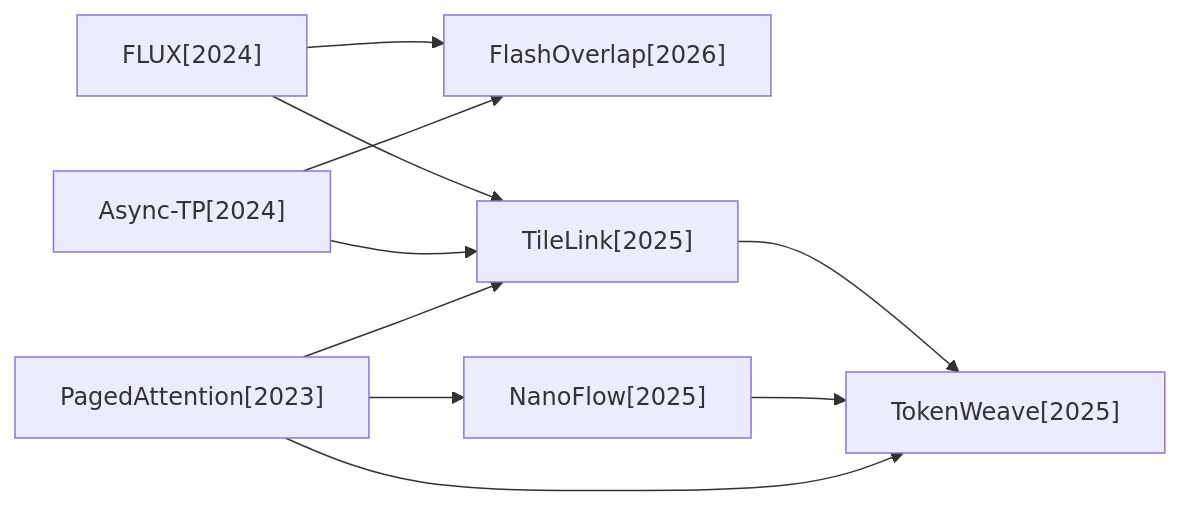
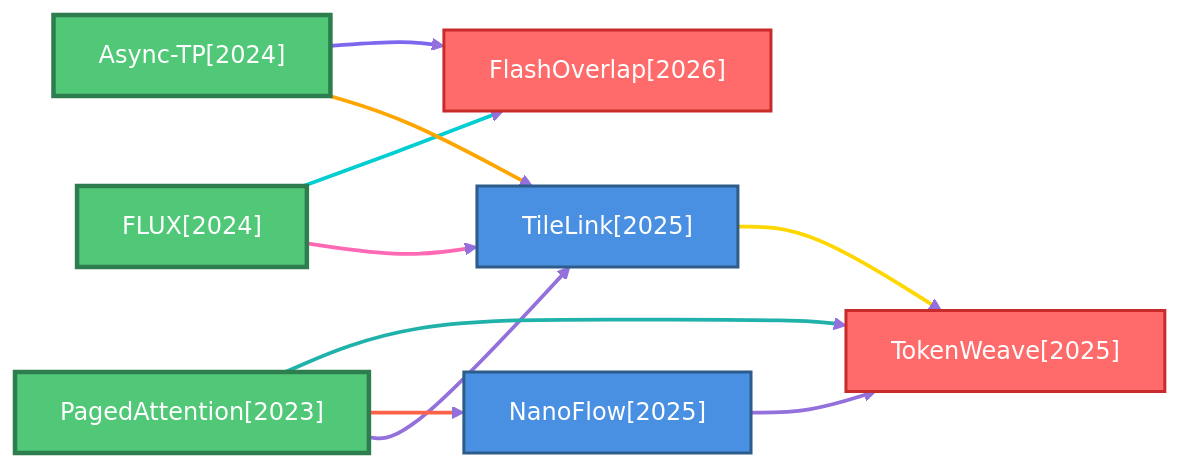
One commit to hustzxd/EfficientPaper changed the first of 5 diagrams in docs/baseline_methods_graph.md. Above: the diagram before and after it, drawn with Mermaid. The commit also changed other lines of this file and 23 other files, not shown here.

````diff
--- a/docs/baseline_methods_graph.md
+++ b/docs/baseline_methods_graph.md
@@ -7,19 +11,41 @@
 ```mermaid
 flowchart LR
+    classDef defaultNode fill:#4A90E2,stroke:#2E5C8A,stroke-width:2px,color:#fff
+    classDef rootNode fill:#50C878,stroke:#2E7D4E,stroke-width:3px,color:#fff
+    classDef leafNode fill:#FF6B6B,stroke:#C92A2A,stroke-width:2px,color:#fff
+    linkStyle default stroke:#9370DB,stroke-width:2px
+
+    2023_PagedAttention["PagedAttention[2023]"]
+    class 2023_PagedAttention rootNode
+    2025_TileLink["TileLink[2025]"]
+    class 2025_TileLink defaultNode
     2026_FlashOverlap["FlashOverlap[2026]"]
+    class 2026_FlashOverlap leafNode
+    2025_TokenWeave["TokenWeave[2025]"]
+    class 2025_TokenWeave leafNode
     2024_FLUX["FLUX[2024]"]
+    class 2024_FLUX rootNode
     2024_Async_TP["Async-TP[2024]"]
-    2025_TokenWeave["TokenWeave[2025]"]
-    2025_TileLink["TileLink[2025]"]
+    class 2024_Async_TP rootNode
     2025_NanoFlow["NanoFlow[2025]"]
-    2023_PagedAttention["PagedAttention[2023]"]
-    2024_FLUX --> 2025_TileLink
-    2024_FLUX --> 2026_FlashOverlap
-    2024_Async_TP --> 2025_TileLink
-    2024_Async_TP --> 2026_FlashOverlap
-    2025_TileLink --> 2025_TokenWeave
-    2025_NanoFlow --> 2025_TokenWeave
-    2023_PagedAttention --> 2025_TileLink
-    2023_PagedAttention --> 2025_NanoFlow
-    2023_PagedAttention --> 2025_TokenWeave
+    class 2025_NanoFlow defaultNode
+
+    2023_PagedAttention ==>|" "| 2025_TileLink
+    linkStyle 0 stroke:#9370DB,stroke-width:2.5px
+    2023_PagedAttention ==>|" "| 2025_NanoFlow
+    linkStyle 1 stroke:#FF6347,stroke-width:2.5px
+    2023_PagedAttention ==>|" "| 2025_TokenWeave
+    linkStyle 2 stroke:#20B2AA,stroke-width:2.5px
+    2025_TileLink ==>|" "| 2025_TokenWeave
+    linkStyle 3 stroke:#FFD700,stroke-width:2.5px
+    2024_FLUX ==>|" "| 2025_TileLink
+    linkStyle 4 stroke:#FF69B4,stroke-width:2.5px
+    2024_FLUX ==>|" "| 2026_FlashOverlap
+    linkStyle 5 stroke:#00CED1,stroke-width:2.5px
+    2024_Async_TP ==>|" "| 2025_TileLink
+    linkStyle 6 stroke:#FFA500,stroke-width:2.5px
+    2024_Async_TP ==>|" "| 2026_FlashOverlap
+    linkStyle 7 stroke:#7B68EE,stroke-width:2.5px
+    2025_NanoFlow ==>|" "| 2025_TokenWeave
+    linkStyle 8 stroke:#9370DB,stroke-width:2.5px
 ```
````
